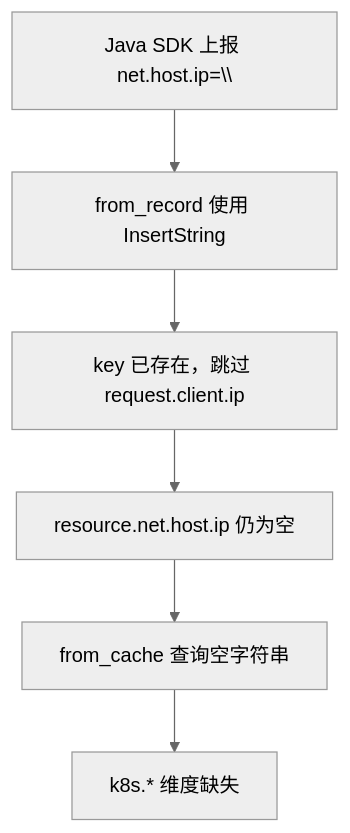
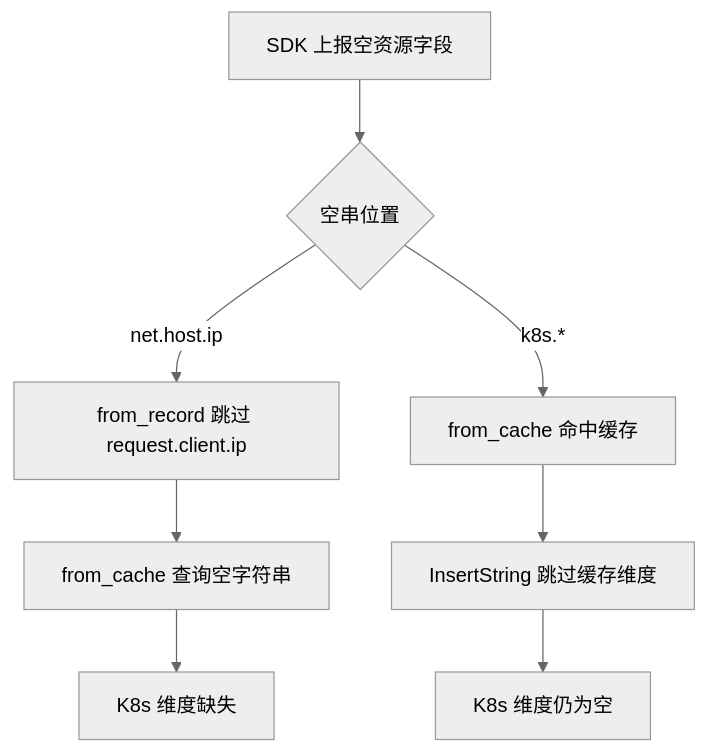
One commit to ZhuoZhuoCrayon/ai-workspace changed the diagram in knowledge/bkmonitor-datalink/troubleshooting/collector-from-record-empty-net-host-ip.md. Above: the diagram before and after it, drawn with Mermaid (neutral theme). The commit also changed other lines of this file and 3 other files, not shown here.

````diff
--- a/knowledge/bkmonitor-datalink/troubleshooting/collector-from-record-empty-net-host-ip.md
+++ b/knowledge/bkmonitor-datalink/troubleshooting/collector-from-record-empty-net-host-ip.md
@@ -40,8 +45,10 @@
 ```mermaid
 flowchart TD
-    A["Java SDK 上报 net.host.ip=\"\""] --> B["from_record 使用 InsertString"]
-    B --> C["key 已存在，跳过 request.client.ip"]
-    C --> D["resource.net.host.ip 仍为空"]
-    D --> E["from_cache 查询空字符串"]
-    E --> F["k8s.* 维度缺失"]
+    A["SDK 上报空资源字段"] --> B{"空串位置"}
+    B -- "net.host.ip" --> C["from_record 跳过 request.client.ip"]
+    C --> D["from_cache 查询空字符串"]
+    B -- "k8s.*" --> E["from_cache 命中缓存"]
+    E --> F["InsertString 跳过缓存维度"]
+    D --> G["K8s 维度缺失"]
+    F --> H["K8s 维度仍为空"]
 ```
````
